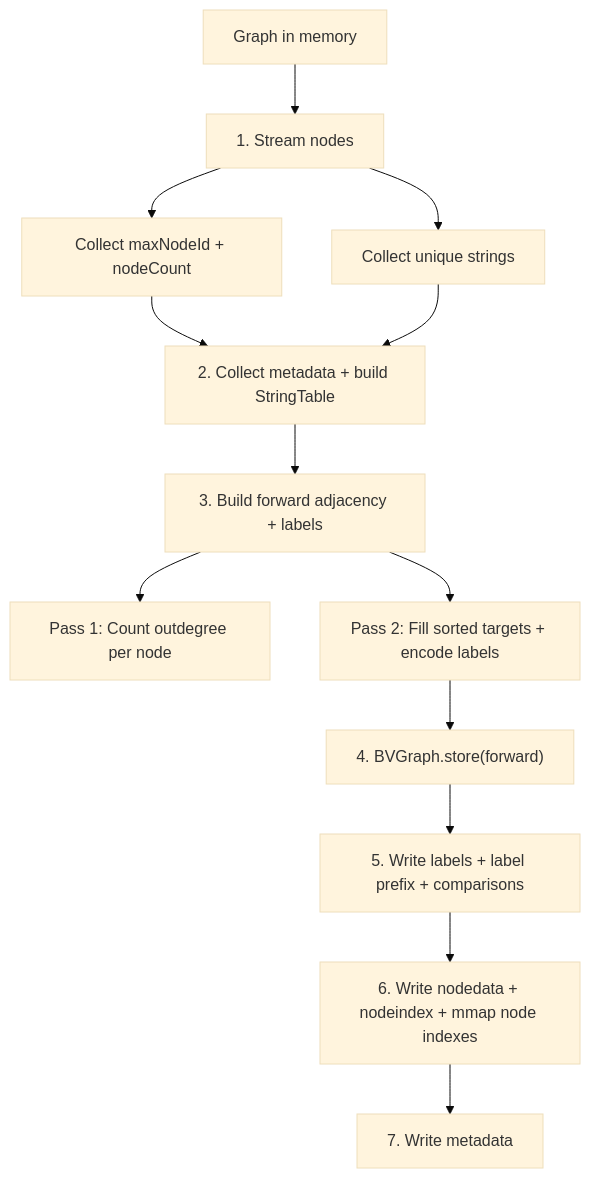
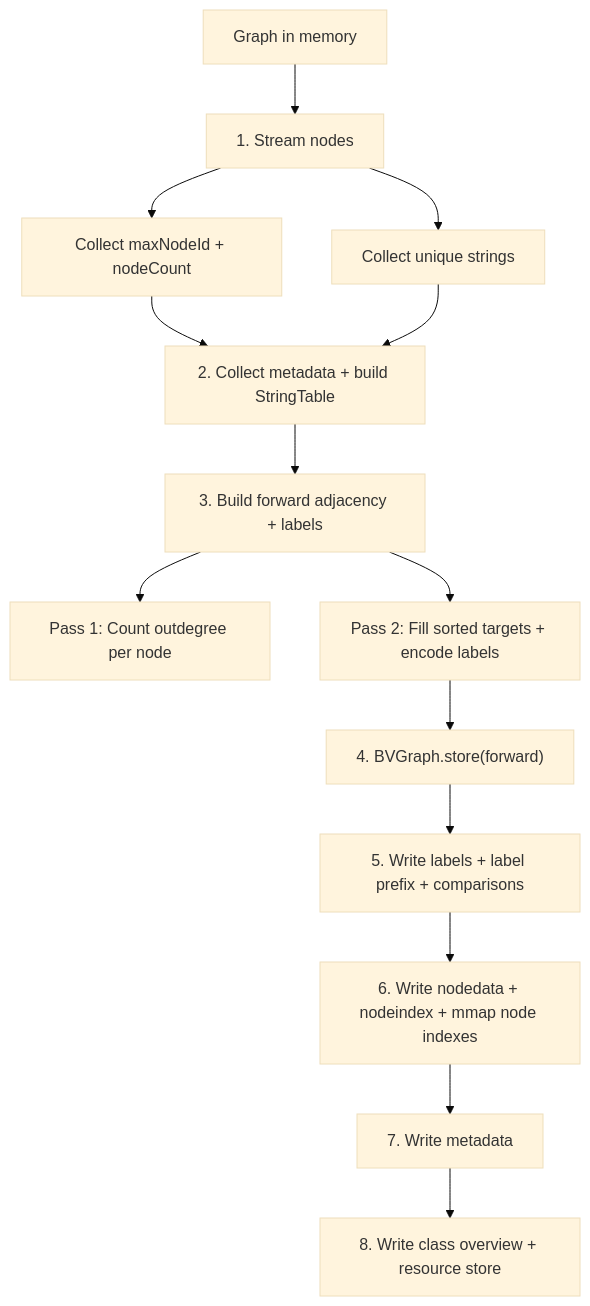
Before and after one commit to johnsonlee/graphite: the first of 2 diagrams in docs/webgraph-storage.md, drawn with Mermaid (base theme). The commit also changed other lines of this file and 14 other files, not shown here.

First line of the commit message:
Always write resource stores and diagnose missing sidecars (#111)

````diff
--- a/docs/webgraph-storage.md
+++ b/docs/webgraph-storage.md
@@ -74,14 +84,15 @@
 ```mermaid
 graph TD
     A[Graph in memory] --> B[1. Stream nodes]
     B --> B1[Collect maxNodeId + nodeCount]
     B --> B2[Collect unique strings]
     B1 & B2 --> C[2. Collect metadata + build StringTable]
     C --> D["3. Build forward adjacency + labels"]
     D --> D1["Pass 1: Count outdegree per node"]
     D --> D2["Pass 2: Fill sorted targets + encode labels"]
     D2 --> E["4. BVGraph.store(forward)"]
     E --> F[5. Write labels + label prefix + comparisons]
     F --> G["6. Write nodedata + nodeindex + mmap node indexes"]
     G --> H[7. Write metadata]
+    H --> I[8. Write class overview + resource store]
 ```
````
